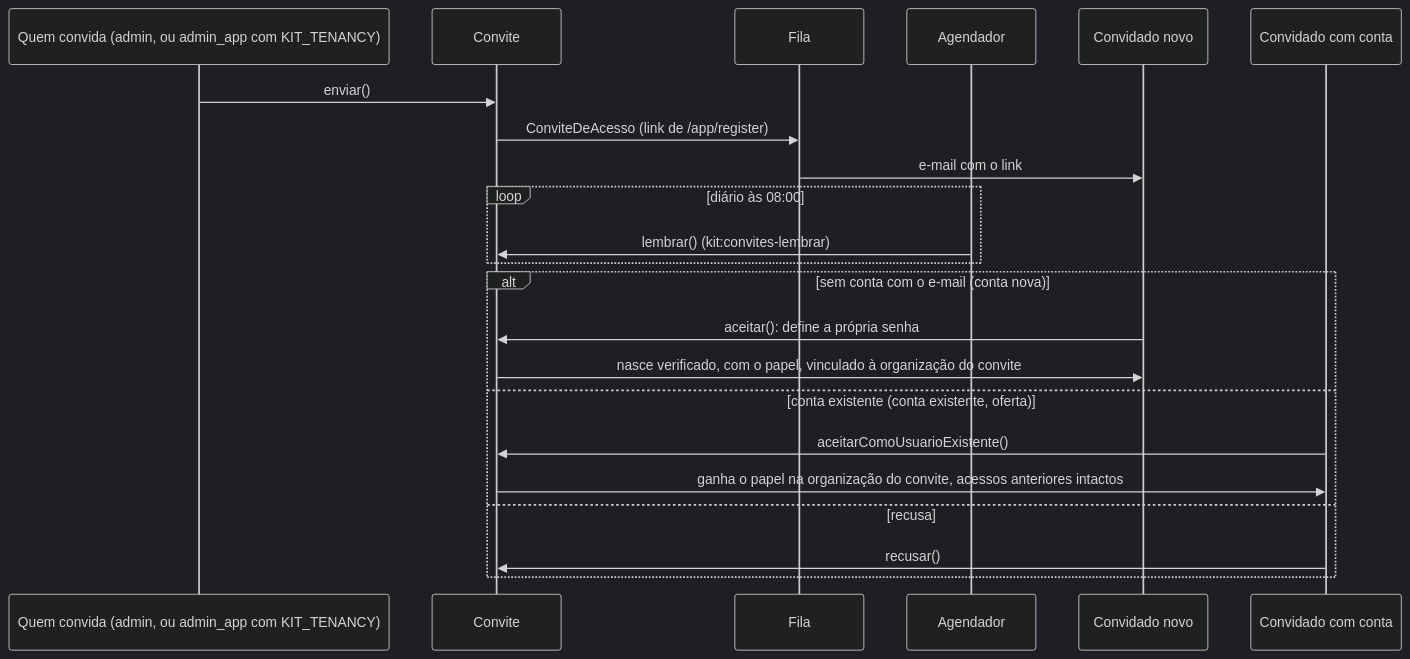
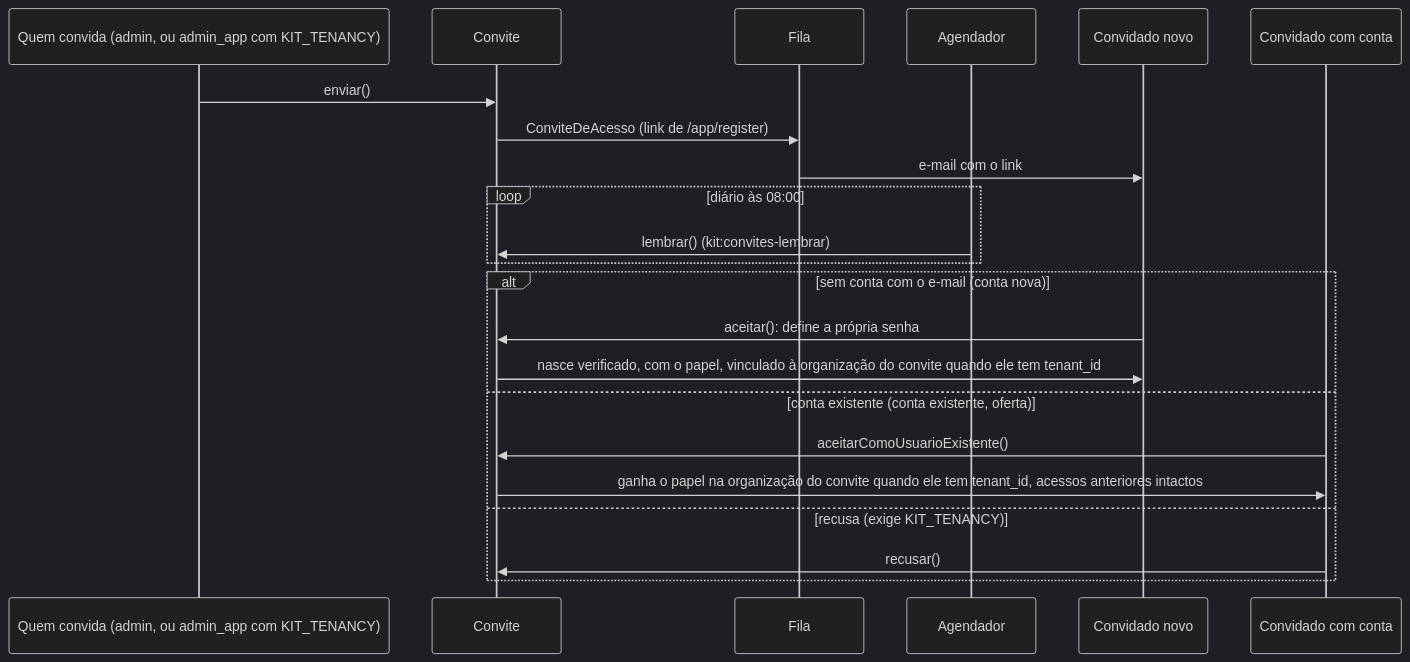
One commit to gsferro/filament-starter-kit-easy changed the first of 2 diagrams in docs/pt/autenticacao/convites.md. Above: the diagram before and after it, drawn with Mermaid (dark theme). The commit also changed 12 other files, not shown here.

First line of the commit message:
:lipstick: fix(site): os diagramas no tamanho natural, com rolagem no bloco, e os opcionais com a chave

````diff
--- a/docs/pt/autenticacao/convites.md
+++ b/docs/pt/autenticacao/convites.md
@@ -70,27 +70,27 @@
 ```mermaid
 sequenceDiagram
 %% DG-07
 accTitle: Convite, do envio ao aceite
-accDescr: Quem convida envia o link pela fila, o agendador lembra quem não respondeu, e o aceite segue um de dois ramos — conta nova ou oferta a conta existente — sempre ligando a organização do convite.
+accDescr: Quem convida envia o link pela fila, o agendador lembra quem não respondeu, e o aceite segue um de dois ramos — conta nova ou oferta a conta existente — ligando a organização do convite quando ele tem uma (tenant_id, só existe com KIT_TENANCY).
   participant quem_convida as Quem convida (admin, ou admin_app com KIT_TENANCY)
   participant convite as Convite
   participant fila as Fila
   participant agendador as Agendador
   participant convidado_novo as Convidado novo
   participant convidado_existente as Convidado com conta
   quem_convida->>convite: enviar()
   convite->>fila: ConviteDeAcesso (link de /app/register)
   fila->>convidado_novo: e-mail com o link
   loop diário às 08:00
     agendador->>convite: lembrar() (kit:convites-lembrar)
   end
   alt sem conta com o e-mail (conta nova)
     convidado_novo->>convite: aceitar(): define a própria senha
-    convite->>convidado_novo: nasce verificado, com o papel, vinculado à organização do convite
+    convite->>convidado_novo: nasce verificado, com o papel, vinculado à organização do convite quando ele tem tenant_id
   else conta existente (conta existente, oferta)
     convidado_existente->>convite: aceitarComoUsuarioExistente()
-    convite->>convidado_existente: ganha o papel na organização do convite, acessos anteriores intactos
-  else recusa
+    convite->>convidado_existente: ganha o papel na organização do convite quando ele tem tenant_id, acessos anteriores intactos
+  else recusa (exige KIT_TENANCY)
     convidado_existente->>convite: recusar()
   end
 ```
````
